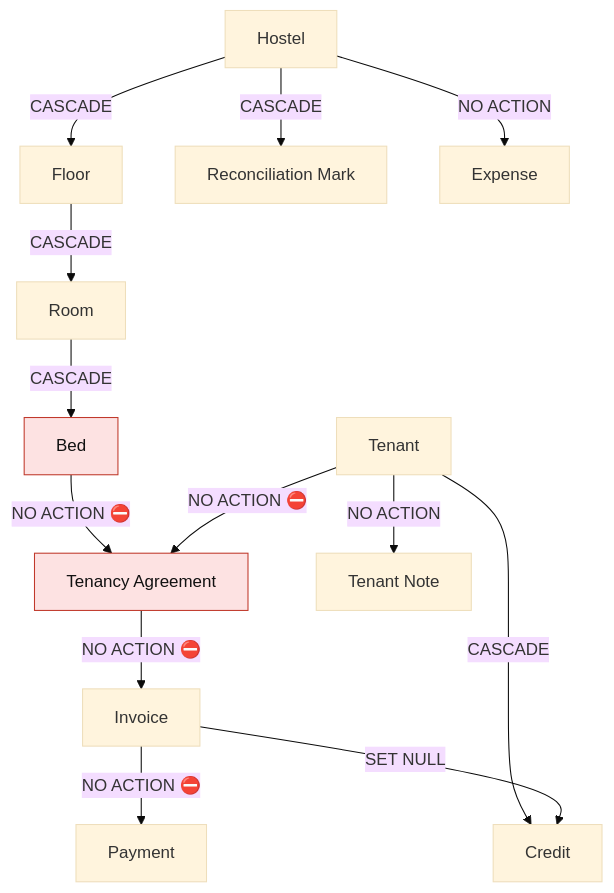
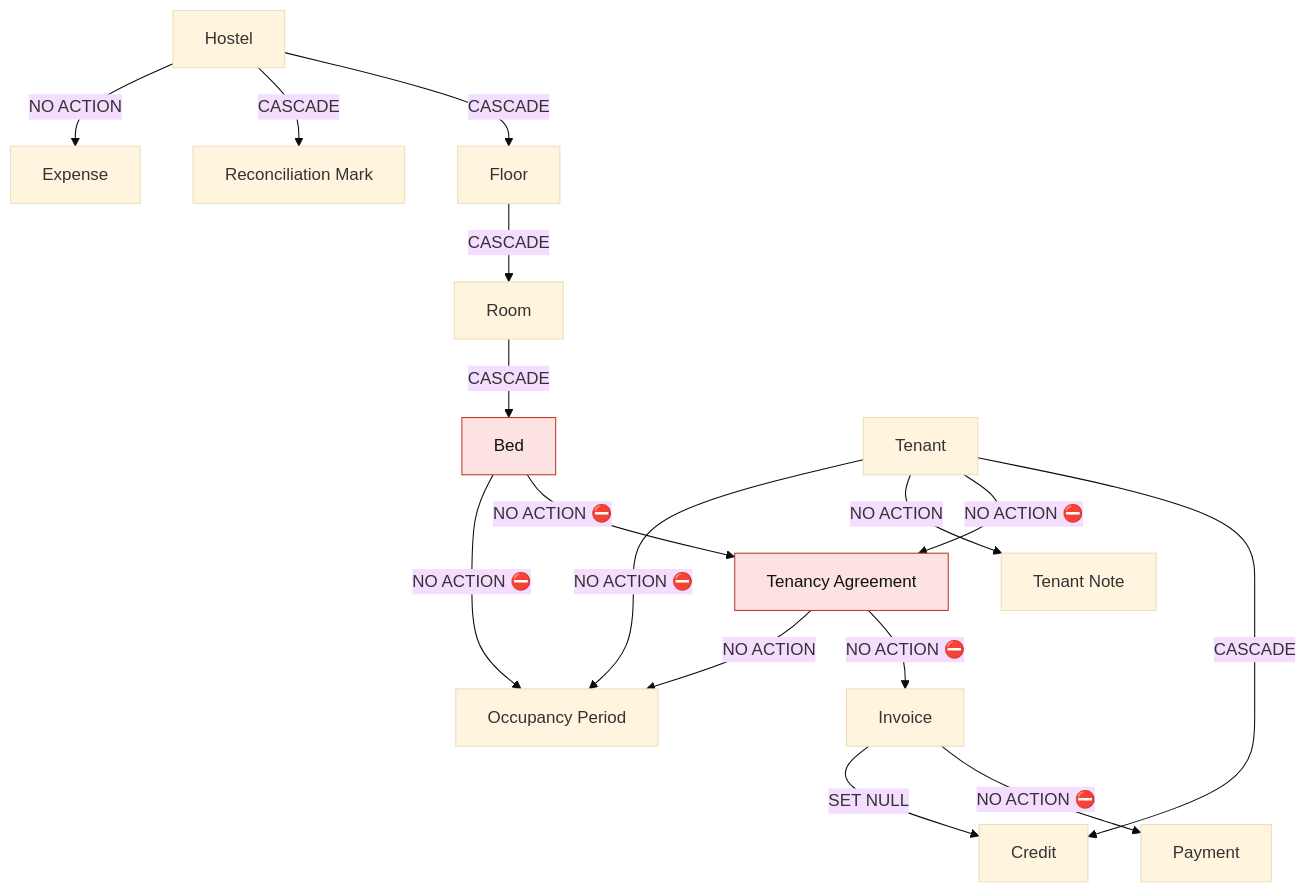
Before and after one commit to pishivam009/lodgy: the third of 3 diagrams in docs/DATA-MODEL.md, drawn with Mermaid (base theme). The commit also changed other lines of this file and 43 other files, not shown here.

````diff
--- a/docs/DATA-MODEL.md
+++ b/docs/DATA-MODEL.md
@@ -229,19 +256,22 @@
 ```mermaid
 flowchart TD
     H[Hostel] -->|CASCADE| F[Floor]
     F -->|CASCADE| R[Room]
     R -->|CASCADE| B[Bed]
     B -->|"NO ACTION ⛔"| A[Tenancy Agreement]
     A -->|"NO ACTION ⛔"| I[Invoice]
     I -->|"NO ACTION ⛔"| Pay[Payment]
 
     H -->|CASCADE| RM[Reconciliation Mark]
     H -->|NO ACTION| E[Expense]
     T[Tenant] -->|CASCADE| C[Credit]
     T -->|"NO ACTION ⛔"| A
     T -->|NO ACTION| N[Tenant Note]
     I -->|SET NULL| C
+    B -->|"NO ACTION ⛔"| OP[Occupancy Period]
+    T -->|"NO ACTION ⛔"| OP
+    A -->|NO ACTION| OP
 
     style B fill:#fde2e2,stroke:#c0392b,color:#111
     style A fill:#fde2e2,stroke:#c0392b,color:#111
 ```
````
